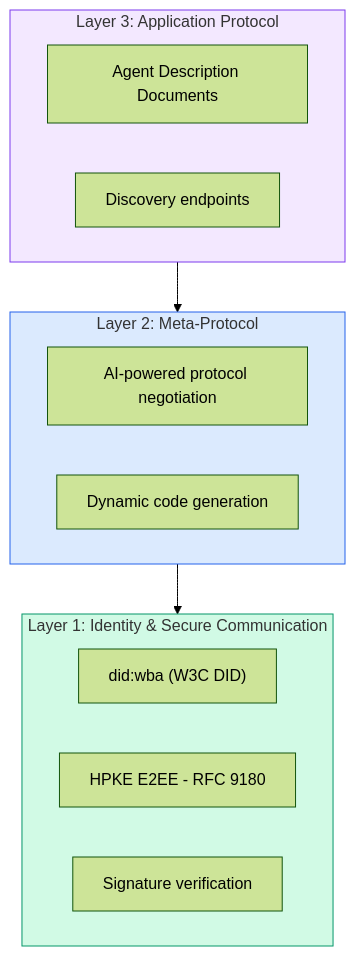
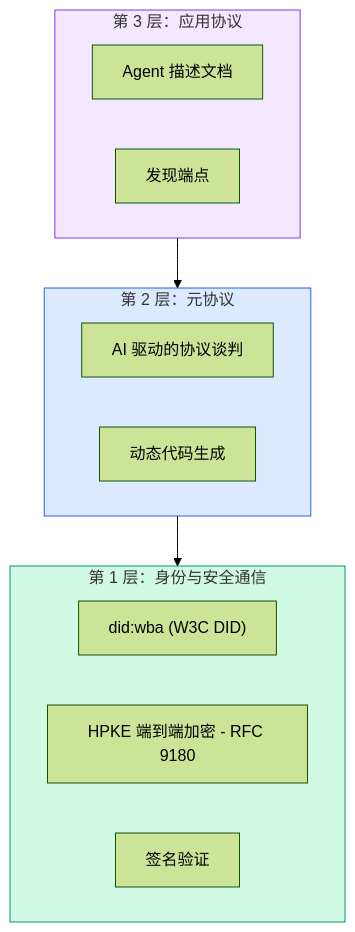
One commit to alessandrodinisio-ai/ai-engineering-learning-framework changed the eighth of 13 diagrams in phases/16-multi-agent-and-swarms/03-communication-protocols/docs/zh.md. Above: the diagram before and after it, drawn with Mermaid (forest theme). The commit also changed other lines of this file and 120 other files, not shown here.

First line of the commit message:
i18n(mermaid): 337 个 mermaid 图表标签中文化

````diff
--- a/phases/16-multi-agent-and-swarms/03-communication-protocols/docs/zh.md
+++ b/phases/16-multi-agent-and-swarms/03-communication-protocols/docs/zh.md
@@ -421,23 +421,23 @@
 ```mermaid
 graph TB
-    subgraph Layer3["Layer 3: Application Protocol"]
-        AD[Agent Description Documents]
-        DISC[Discovery endpoints]
+    subgraph Layer3["第 3 层：应用协议"]
+        AD[Agent 描述文档]
+        DISC[发现端点]
     end
-    subgraph Layer2["Layer 2: Meta-Protocol"]
-        NEG[AI-powered protocol negotiation]
-        CODE[Dynamic code generation]
+    subgraph Layer2["第 2 层：元协议"]
+        NEG[AI 驱动的协议谈判]
+        CODE[动态代码生成]
     end
-    subgraph Layer1["Layer 1: Identity & Secure Communication"]
+    subgraph Layer1["第 1 层：身份与安全通信"]
         DID["did:wba (W3C DID)"]
-        HPKE[HPKE E2EE - RFC 9180]
-        SIG[Signature verification]
+        HPKE[HPKE 端到端加密 - RFC 9180]
+        SIG[签名验证]
     end
 
     Layer3 --> Layer2
     Layer2 --> Layer1
 
     style Layer1 fill:#d1fae5,stroke:#059669
     style Layer2 fill:#dbeafe,stroke:#2563eb
     style Layer3 fill:#f3e8ff,stroke:#7c3aed
 ```
````
